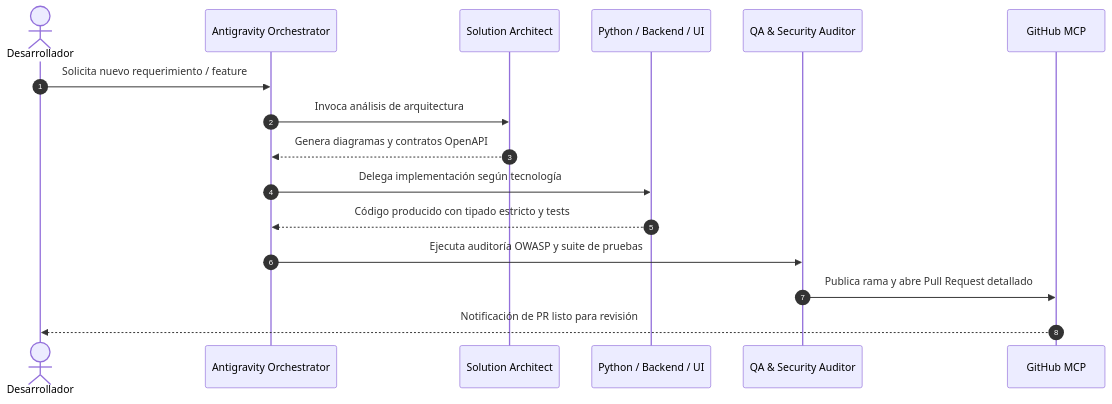
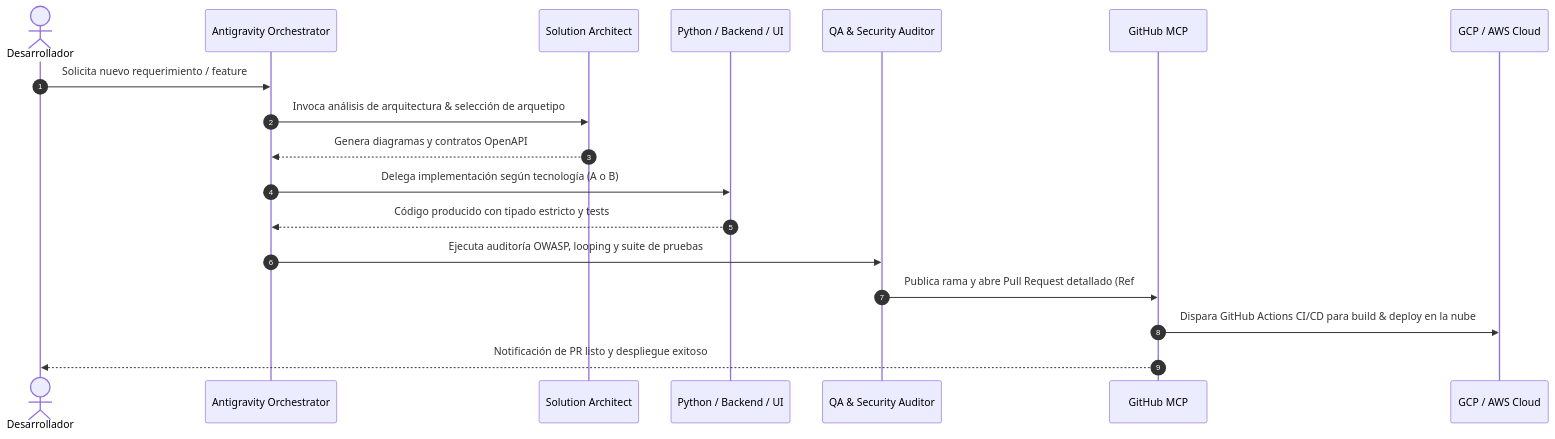
One commit to rogerrcarvajal/antigravity-deep-configuration changed the second of 2 diagrams in Docs/README.md. Above: the diagram before and after it, drawn with Mermaid. The commit also changed other lines of this file and 16 other files, not shown here.

Commit message:
feat: evolucionar skills y reglas a arquitectura multi-arquetipo (core web y cloud-native ai-first)

````diff
--- a/Docs/README.md
+++ b/Docs/README.md
@@ -85,19 +105,21 @@
 ```mermaid
 sequenceDiagram
     autonumber
     actor Dev as Desarrollador
     participant AG as Antigravity Orchestrator
     participant Arc as Solution Architect
     participant Coders as Python / Backend / UI
     participant QA as QA & Security Auditor
     participant GH as GitHub MCP
+    participant Cloud as GCP / AWS Cloud
 
     Dev->>AG: Solicita nuevo requerimiento / feature
-    AG->>Arc: Invoca análisis de arquitectura
+    AG->>Arc: Invoca análisis de arquitectura & selección de arquetipo
     Arc-->>AG: Genera diagramas y contratos OpenAPI
-    AG->>Coders: Delega implementación según tecnología
+    AG->>Coders: Delega implementación según tecnología (A o B)
     Coders-->>AG: Código producido con tipado estricto y tests
-    AG->>QA: Ejecuta auditoría OWASP y suite de pruebas
-    QA->>GH: Publica rama y abre Pull Request detallado
-    GH-->>Dev: Notificación de PR listo para revisión
+    AG->>QA: Ejecuta auditoría OWASP, looping y suite de pruebas
+    QA->>GH: Publica rama y abre Pull Request detallado (Ref #X)
+    GH->>Cloud: Dispara GitHub Actions CI/CD para build & deploy en la nube
+    GH-->>Dev: Notificación de PR listo y despliegue exitoso
 ```
````
